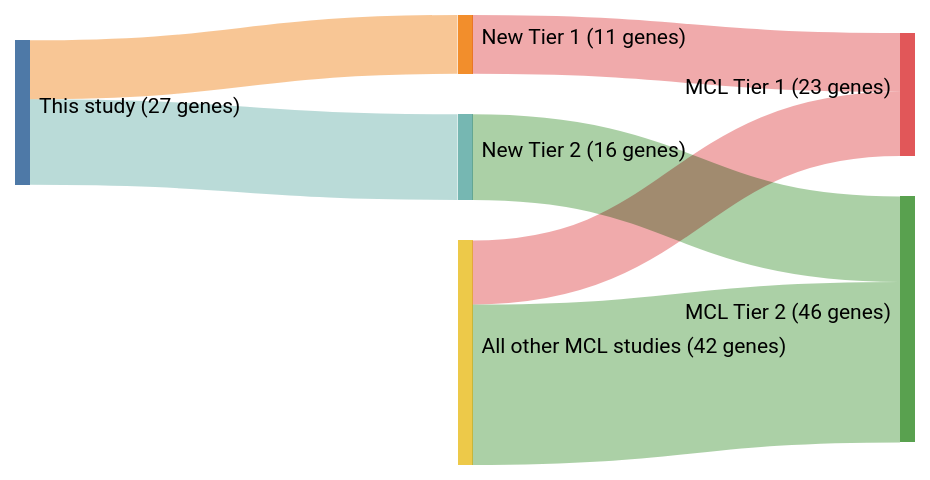
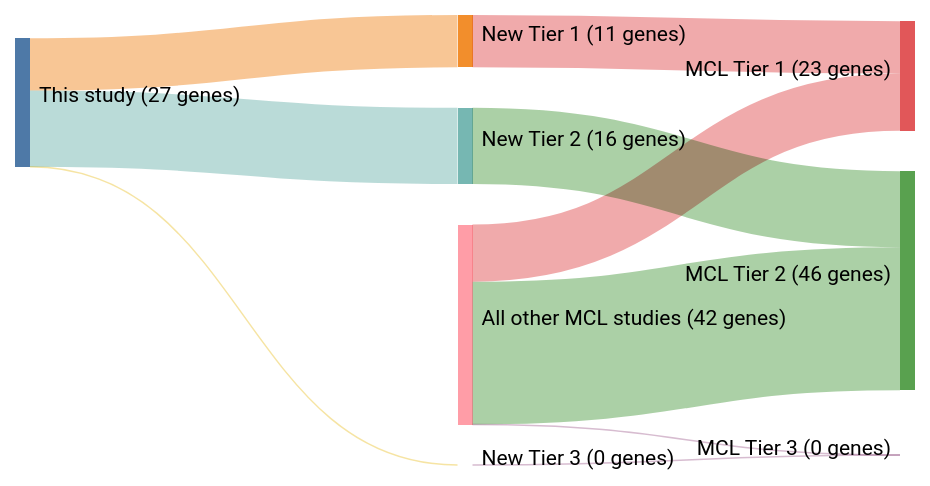
One commit to morinlab/lymphopedia changed the diagram in papers/beaLandscapeSomaticMutations2013.md. Above: the diagram before and after it, drawn with Mermaid (forest theme). The commit also changed other lines of this file and 81 other files, not shown here.

````diff
--- a/papers/beaLandscapeSomaticMutations2013.md
+++ b/papers/beaLandscapeSomaticMutations2013.md
@@ -12,20 +12,23 @@
 ```mermaid
 ---
 config:
     sankey:
         showValues: true
         linkColor: target
         width: 600
         height: 300
         nodeAlignment: right
         prefix: '('
         suffix: ' genes)'
 ---
 sankey-beta
 This study, New Tier 1, 11
 New Tier 1, MCL Tier 1, 11
 This study, New Tier 2, 16
 New Tier 2, MCL Tier 2, 16
+This study, New Tier 3, 0
+New Tier 3, MCL Tier 3, 0
 All other MCL studies, MCL Tier 1, 12
 All other MCL studies, MCL Tier 2, 30
+All other MCL studies, MCL Tier 3, 0
 ```
````
